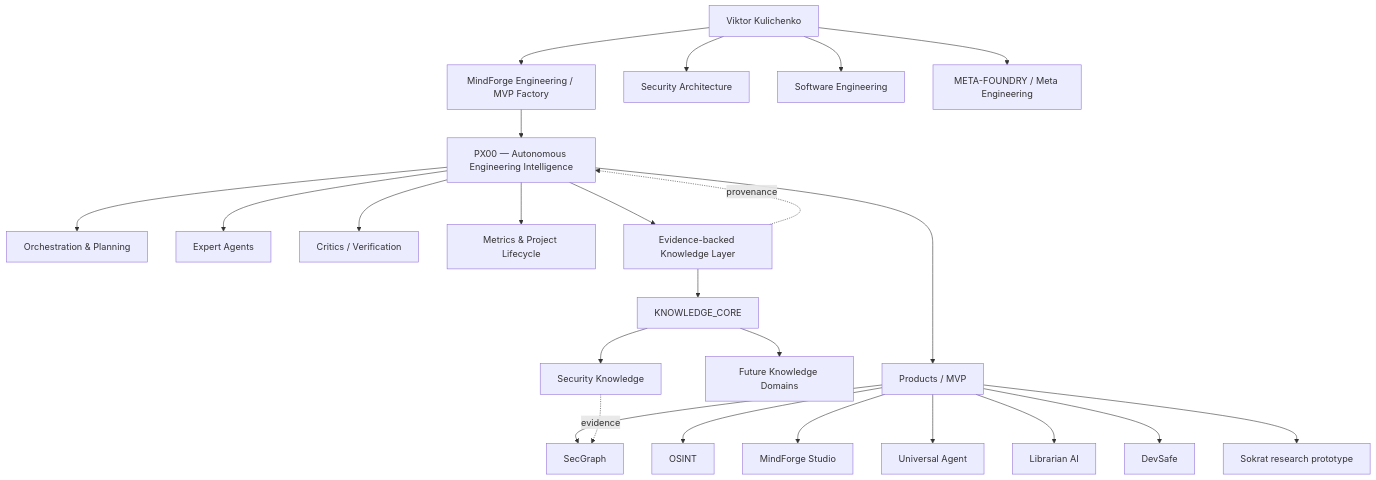
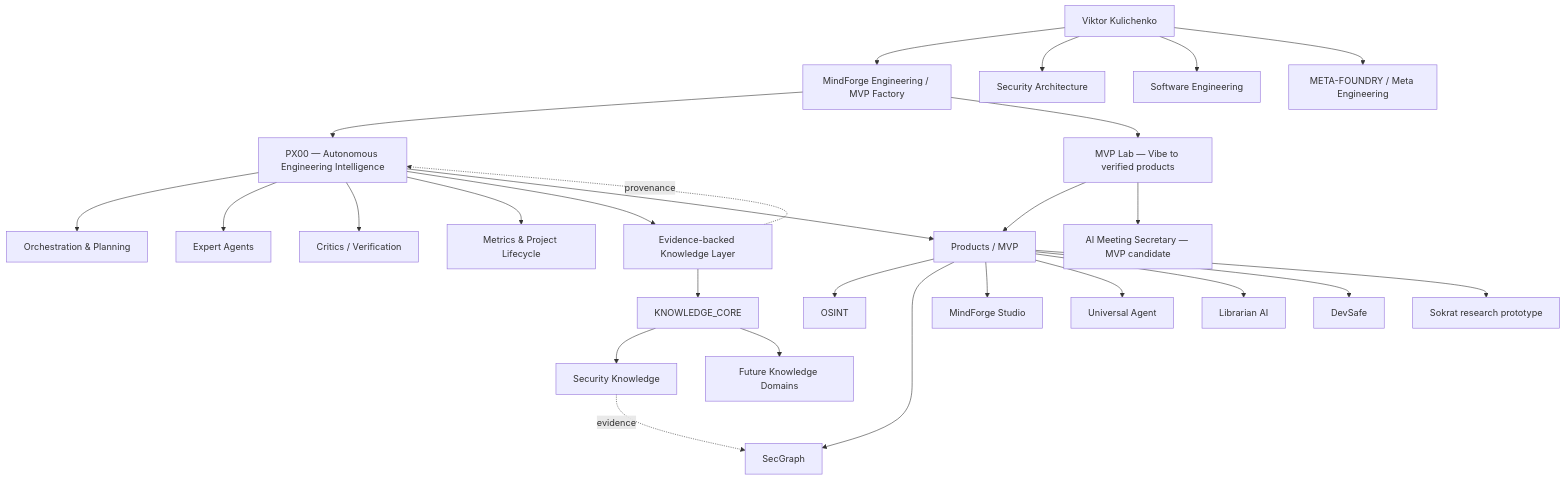
Before and after one commit to VictorKVS/VictorKVS: the diagram in README.md, drawn with Mermaid. The commit also changed other lines of this file, not shown here.

Commit message:
Normalize profile with MVP Lab productization layer

````diff
--- a/README.md
+++ b/README.md
@@ -54,31 +57,34 @@
 ```mermaid
 flowchart TD
     VK[Viktor Kulichenko] --> MF[MindForge Engineering / MVP Factory]
     MF --> PX[PX00 — Autonomous Engineering Intelligence]
+    MF --> LAB[MVP Lab — Vibe to verified products]
 
     PX --> ORCH[Orchestration & Planning]
     PX --> EXP[Expert Agents]
     PX --> CRIT[Critics / Verification]
     PX --> MET[Metrics & Project Lifecycle]
     PX --> KB[Evidence-backed Knowledge Layer]
 
     KB --> KC[KNOWLEDGE_CORE]
     KC --> SKB[Security Knowledge]
     KC --> FKB[Future Knowledge Domains]
 
     PX --> PRODUCTS[Products / MVP]
+    LAB --> PRODUCTS
+    LAB --> AMS[AI Meeting Secretary — MVP candidate]
     PRODUCTS --> OSINT[OSINT]
     PRODUCTS --> SG[SecGraph]
     PRODUCTS --> MFS[MindForge Studio]
     PRODUCTS --> UAG[Universal Agent]
     PRODUCTS --> LIB[Librarian AI]
     PRODUCTS --> DS[DevSafe]
     PRODUCTS --> SOK[Sokrat research prototype]
 
     VK --> SEC[Security Architecture]
     VK --> ENG[Software Engineering]
     VK --> META[META-FOUNDRY / Meta Engineering]
 
     SKB -. evidence .-> SG
     KB -. provenance .-> PX
 ```
````
